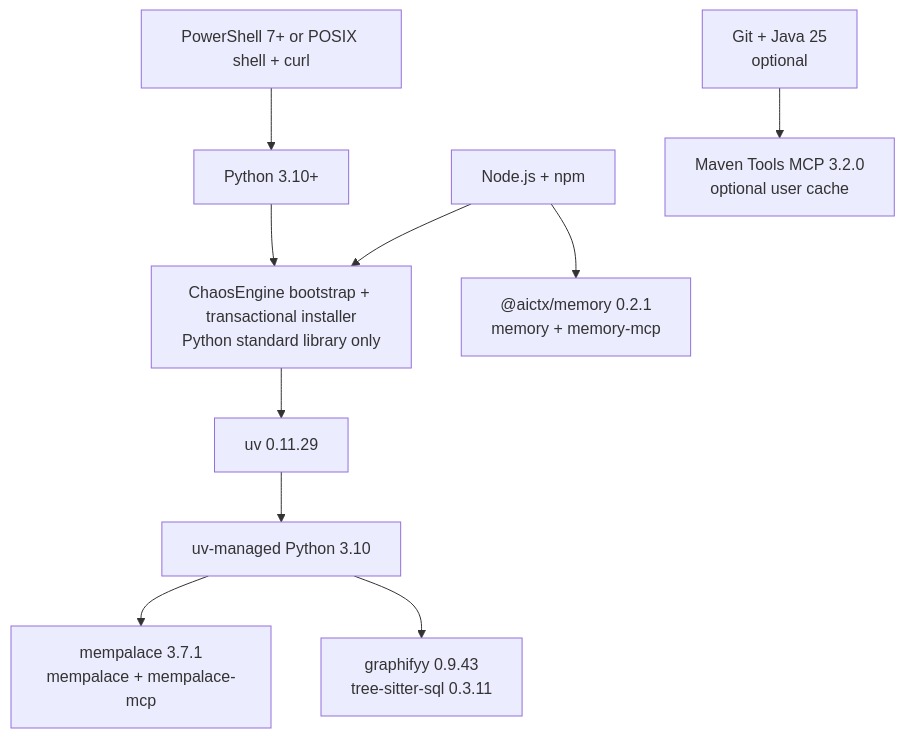
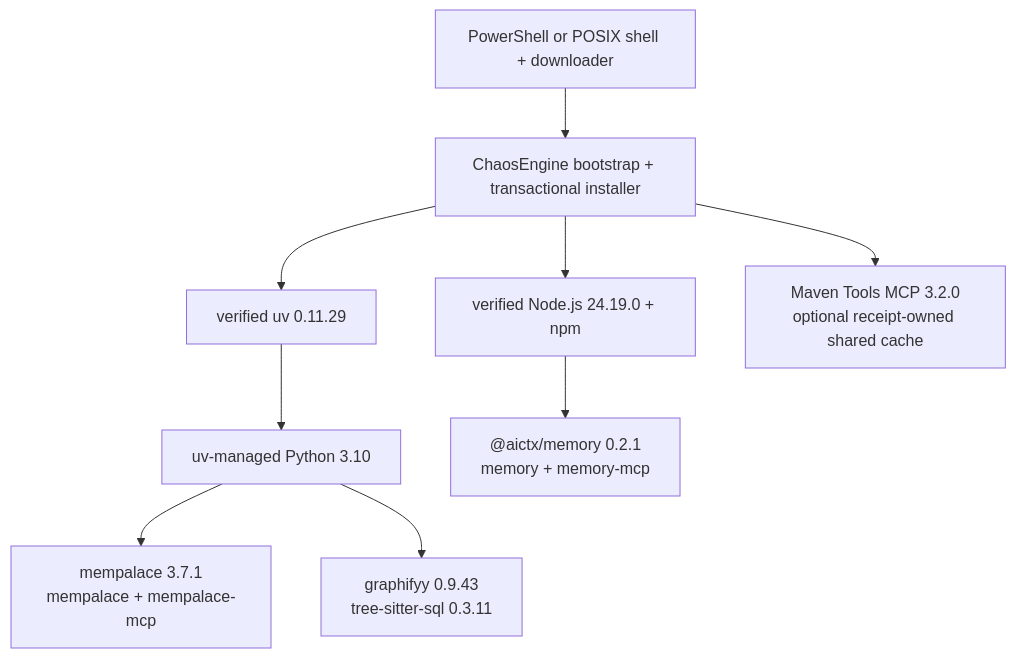
The second of 13 diagrams in chaos-engine/README.md (ShaftHQ/SHAFT_ENGINE), drawn with Mermaid before and after one commit. The commit also changed other lines of this file and 13 other files, not shown here.

Commit message:
feat(chaos-engine): manage cross-platform runtimes

````diff
--- a/chaos-engine/README.md
+++ b/chaos-engine/README.md
@@ -203,14 +203,13 @@
 ```mermaid
 flowchart TD
     accTitle: Runtime dependency graph
     accDescr: Platform prerequisites feed the transactional installer and its pinned project-local runtime tools.
-    Shell["PowerShell 7+ or POSIX shell + curl"] --> Py["Python 3.10+"]
-    Py --> Installer["ChaosEngine bootstrap + transactional installer<br/>Python standard library only"]
-    Node["Node.js + npm"] --> Installer
-    Installer --> UV["uv 0.11.29"]
+    Shell["PowerShell or POSIX shell + downloader"] --> Installer["ChaosEngine bootstrap + transactional installer"]
+    Installer --> UV["verified uv 0.11.29"]
     UV --> ManagedPython["uv-managed Python 3.10"]
     ManagedPython --> MP["mempalace 3.7.1<br/>mempalace + mempalace-mcp"]
     ManagedPython --> GF["graphifyy 0.9.43<br/>tree-sitter-sql 0.3.11"]
+    Installer --> Node["verified Node.js 24.19.0 + npm"]
     Node --> MEM["@aictx/memory 0.2.1<br/>memory + memory-mcp"]
-    Git["Git + Java 25<br/>optional"] --> Maven["Maven Tools MCP 3.2.0<br/>optional user cache"]
+    Installer --> Maven["Maven Tools MCP 3.2.0<br/>optional receipt-owned shared cache"]
 ```
````
